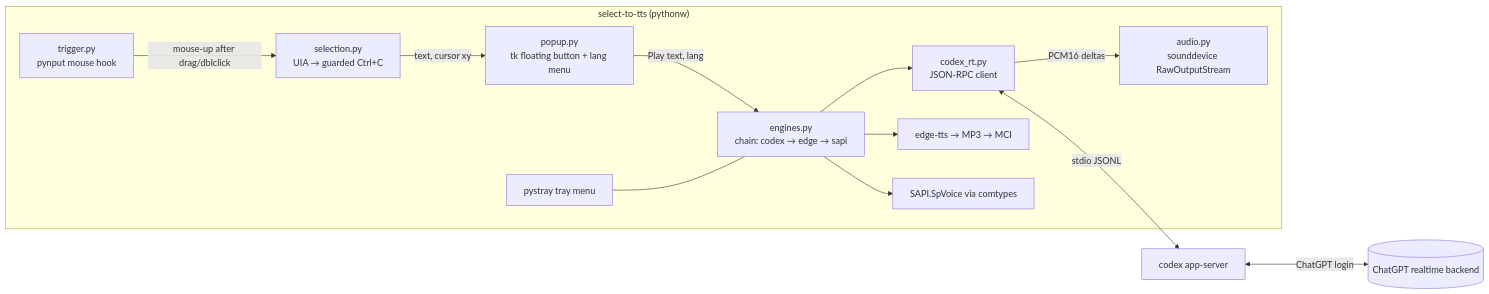
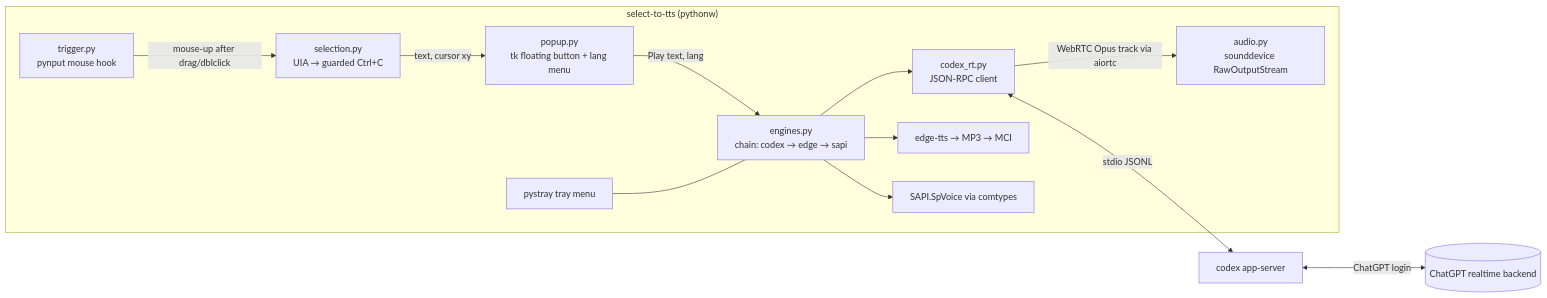
The diagram in PLAN.md (tzachbon/codex-speak), drawn with Mermaid before and after one commit. The commit also changed other lines of this file, not shown here.

First line of the commit message:
Plan: fold in T1 spike results (WebRTC v3 + appendText)

````diff
--- a/PLAN.md
+++ b/PLAN.md
@@ -141,15 +152,15 @@
 ```mermaid
 flowchart LR
   subgraph App["select-to-tts (pythonw)"]
     T[trigger.py<br/>pynput mouse hook] -->|mouse-up after drag/dblclick| S[selection.py<br/>UIA → guarded Ctrl+C]
     S -->|text, cursor xy| P[popup.py<br/>tk floating button + lang menu]
     P -->|Play text, lang| E[engines.py<br/>chain: codex → edge → sapi]
     E --> C[codex_rt.py<br/>JSON-RPC client]
     E --> ED[edge-tts → MP3 → MCI]
     E --> SA[SAPI.SpVoice via comtypes]
-    C -->|PCM16 deltas| A[audio.py<br/>sounddevice RawOutputStream]
+    C -->|WebRTC Opus track via aiortc| A[audio.py<br/>sounddevice RawOutputStream]
     Tray[pystray tray menu] --- E
   end
   C <-->|stdio JSONL| CS[codex app-server]
   CS <-->|ChatGPT login| OAI[(ChatGPT realtime backend)]
 ```
````
